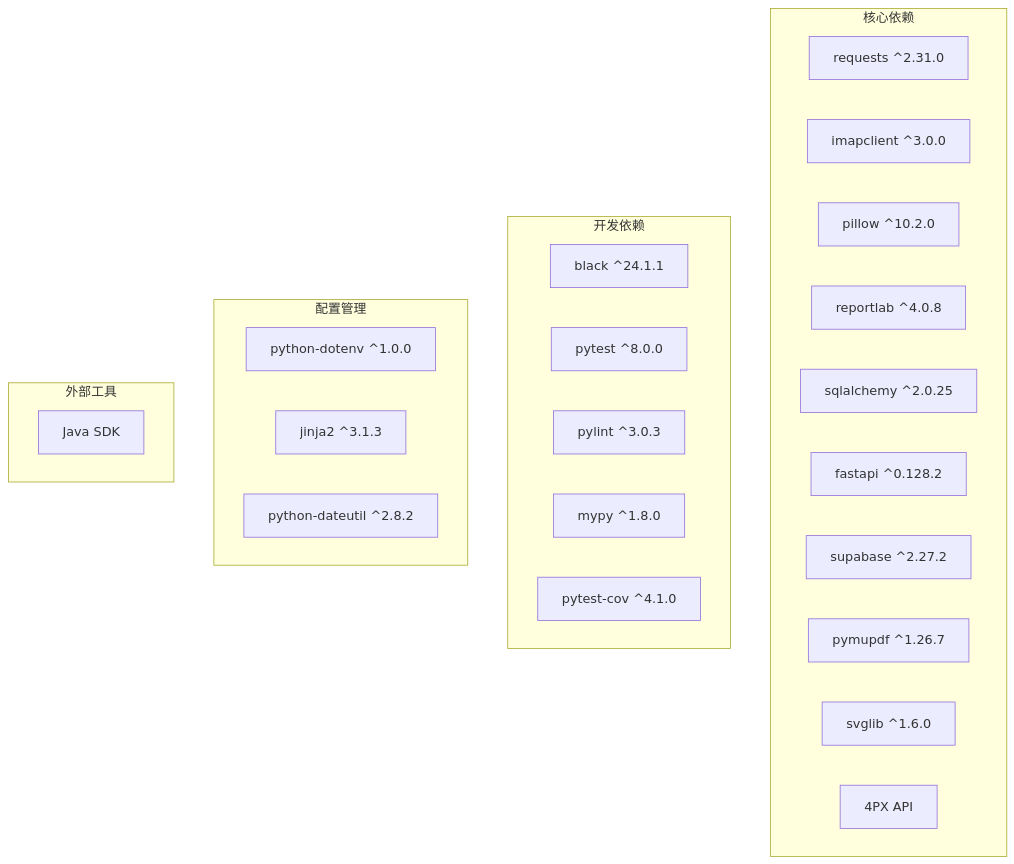
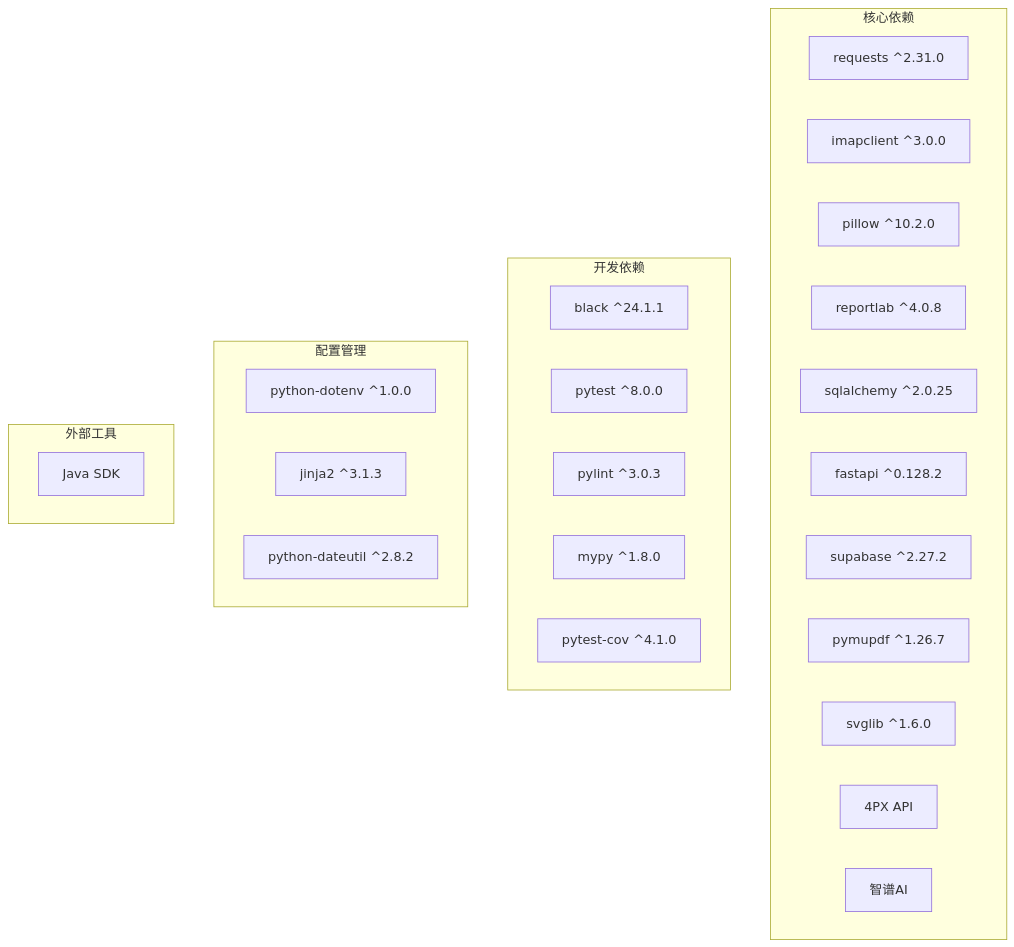
Before and after one commit to SY6621/POD-Order-Management: diagram 21 of 21 in .qoder/repowiki/zh/content/开发指南/测试与开发工具.md, drawn with Mermaid. The commit also changed other lines of this file and 20 other files, not shown here.

````diff
--- a/.qoder/repowiki/zh/content/开发指南/测试与开发工具.md
+++ b/.qoder/repowiki/zh/content/开发指南/测试与开发工具.md
@@ -507,30 +960,31 @@
 ```mermaid
 graph TB
 subgraph "核心依赖"
 Requests[requests ^2.31.0]
 IMAPClient[imapclient ^3.0.0]
 Pillow[pillow ^10.2.0]
 ReportLab[reportlab ^4.0.8]
 SQLAlchemy[sqlalchemy ^2.0.25]
 FastAPI[fastapi ^0.128.2]
 Supabase[supabase ^2.27.2]
 PyMuPDF[pymupdf ^1.26.7]
 SVGlib[svglib ^1.6.0]
 4PXAPI[4PX API]
+ZhipuAI[智谱AI]
 end
 subgraph "开发依赖"
 Black[black ^24.1.1]
 PyTest[pytest ^8.0.0]
 Pylint[pylint ^3.0.3]
 MyPy[mypy ^1.8.0]
 PyTestCov[pytest-cov ^4.1.0]
 end
 subgraph "配置管理"
 DotEnv[python-dotenv ^1.0.0]
 Jinja2[jinja2 ^3.1.3]
 DateUtil[python-dateutil ^2.8.2]
 end
 subgraph "外部工具"
 JavaSDK[Java SDK]
 end
 ```
````
